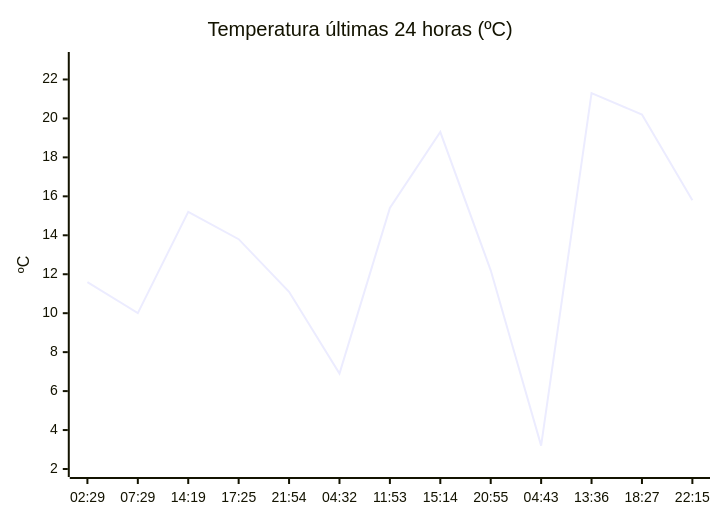
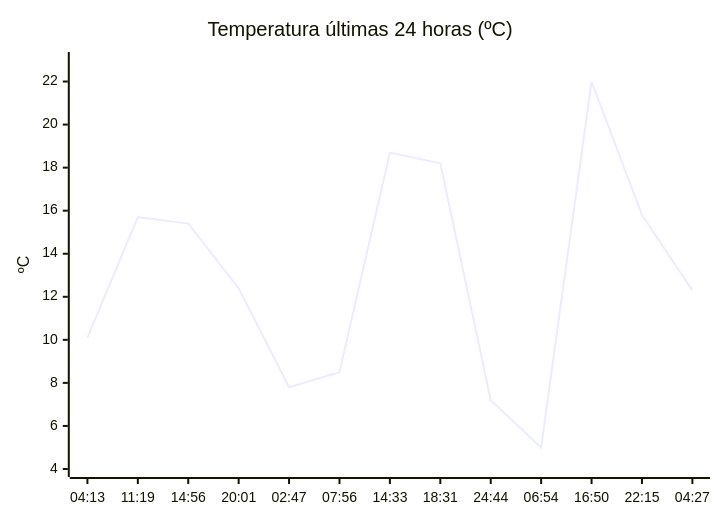
One commit to solidsnk86/rem-scrap changed the diagram in README.md. Above: the diagram before and after it, drawn with Mermaid. The commit also changed other lines of this file, not shown here.

````diff
--- a/README.md
+++ b/README.md
@@ -36,7 +36,7 @@
 ```mermaid
 xychart-beta
     title "Temperatura últimas 24 horas (ºC)"
-    x-axis ["02:29", "07:29", "14:19", "17:25", "21:54", "04:32", "11:53", "15:14", "20:55", "04:43", "13:36", "18:27", "22:15"]
-    y-axis "ºC" 2 --> 23
-    line [11.6, 10, 15.2, 13.8, 11.1, 6.9, 15.4, 19.3, 12.2, 3.2, 21.3, 20.2, 15.8]
+    x-axis ["04:13", "11:19", "14:56", "20:01", "02:47", "07:56", "14:33", "18:31", "24:44", "06:54", "16:50", "22:15", "04:27"]
+    y-axis "ºC" 4 --> 23
+    line [10.1, 15.7, 15.4, 12.4, 7.8, 8.5, 18.7, 18.2, 7.2, 5, 22, 15.8, 12.3]
 ```
````
